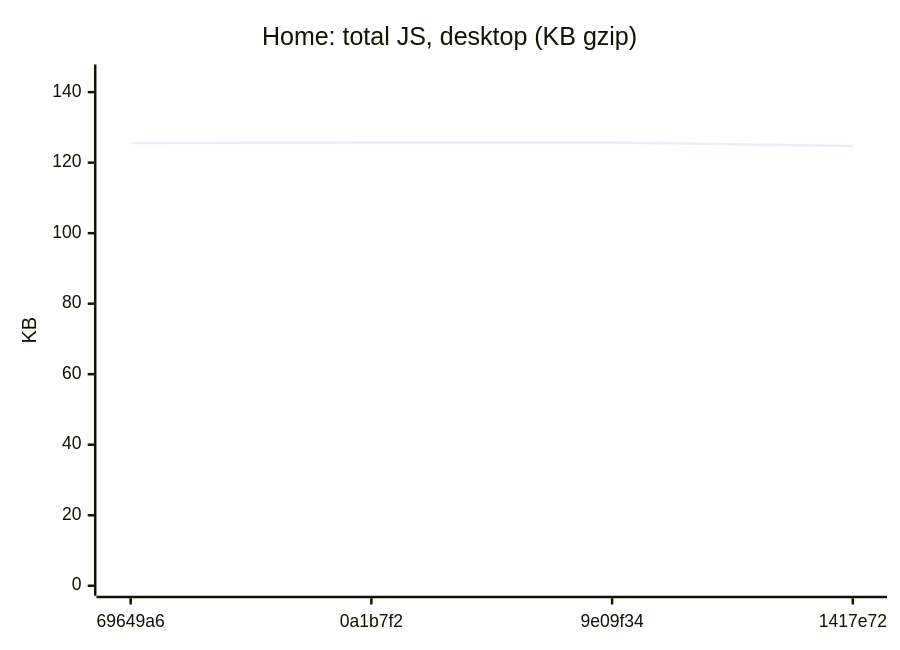
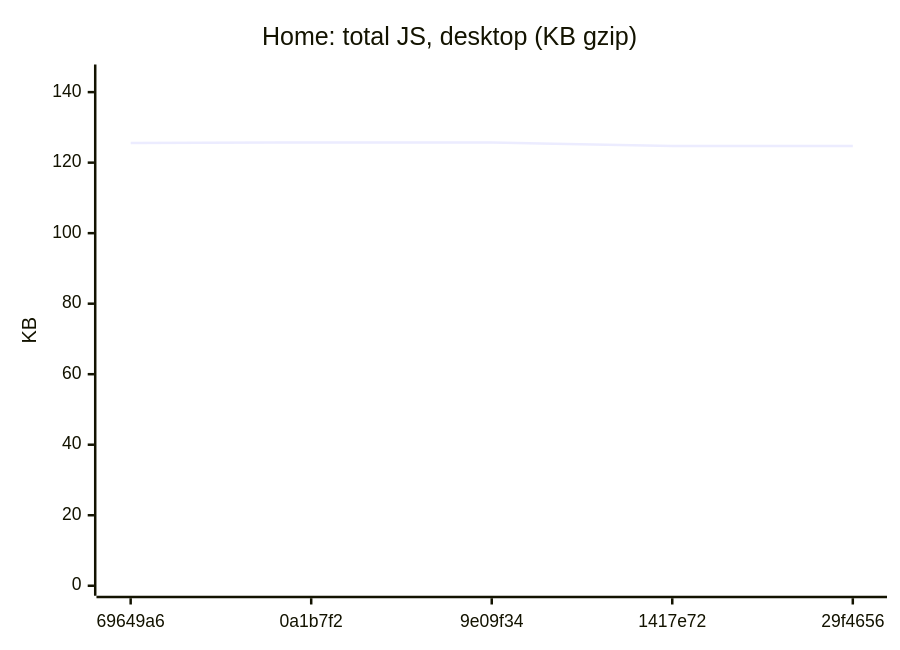
The first of 18 diagrams in README.md (AxelUser/maltsev.space), drawn with Mermaid before and after one commit. The commit also changed other lines of this file and 1 other file, not shown here.

````diff
--- a/README.md
+++ b/README.md
@@ -35,7 +35,7 @@
 ```mermaid
 xychart-beta
   title "Home: total JS, desktop (KB gzip)"
-  x-axis ["69649a6", "0a1b7f2", "9e09f34", "1417e72"]
+  x-axis ["69649a6", "0a1b7f2", "9e09f34", "1417e72", "29f4656"]
   y-axis "KB" 0 --> 145
-  line [125.6, 125.7, 125.7, 124.7]
+  line [125.6, 125.7, 125.7, 124.7, 124.7]
 ```
````
